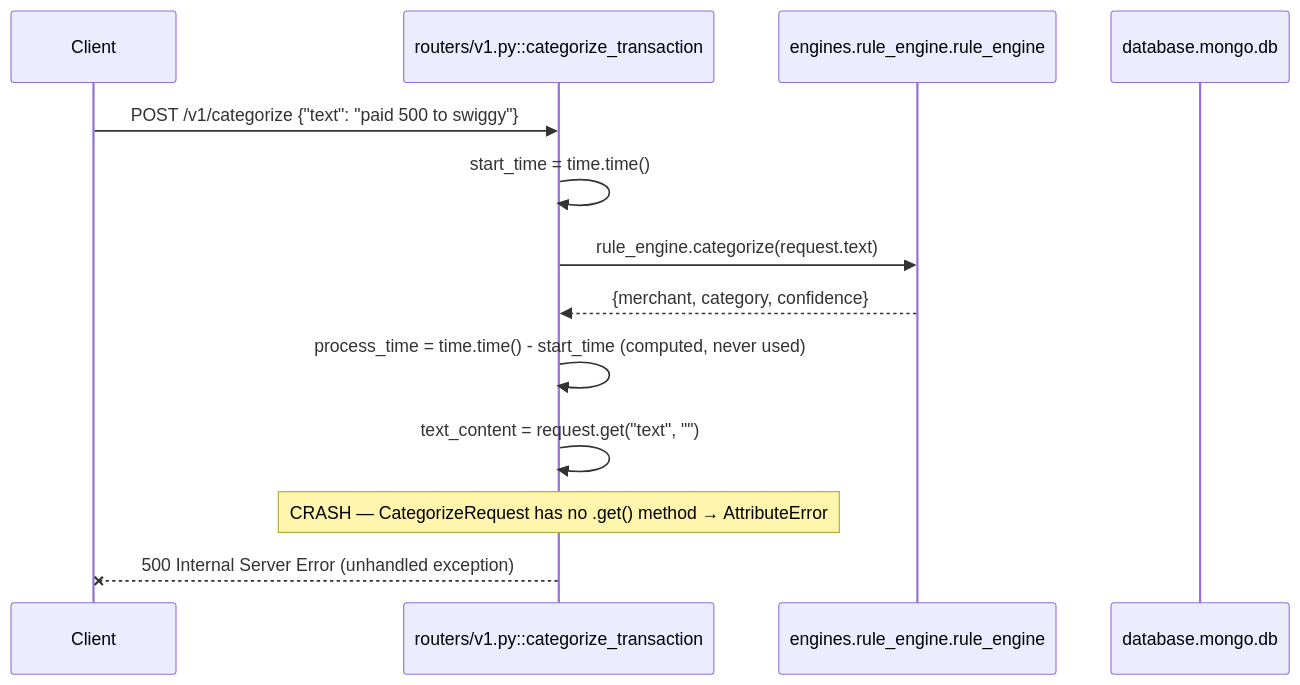
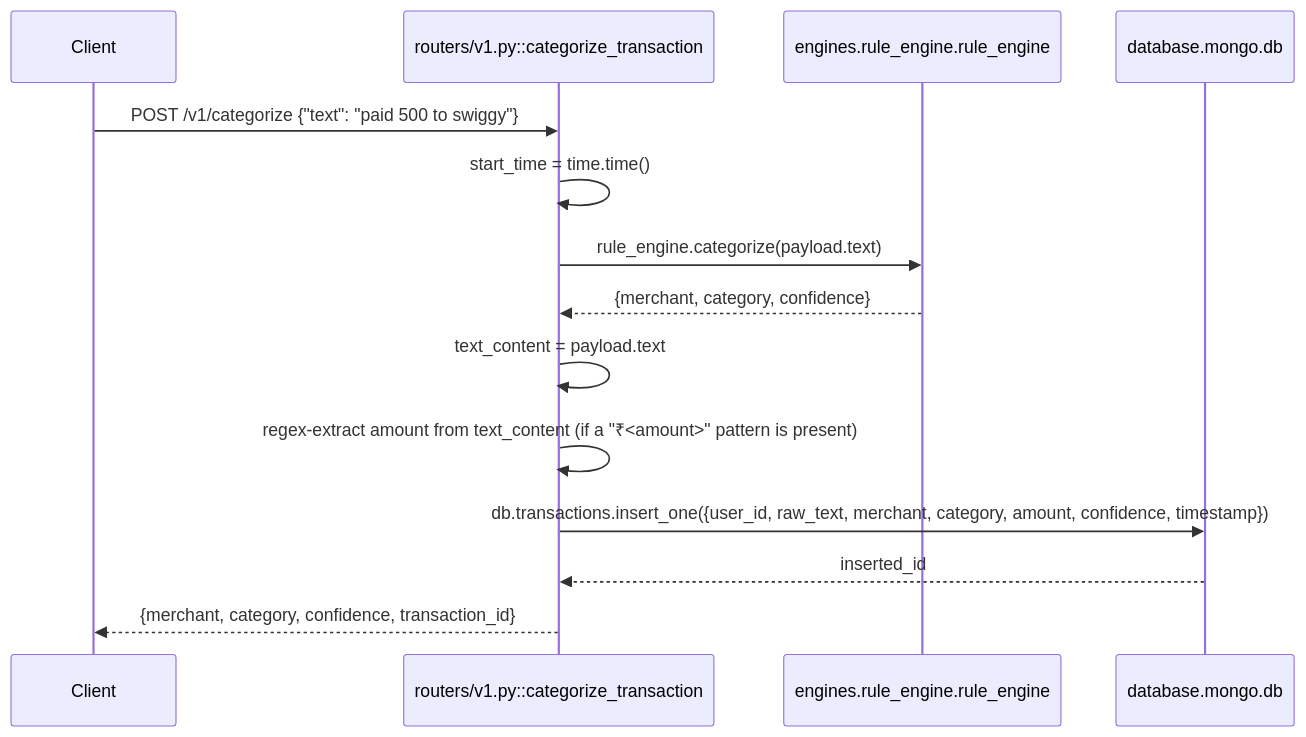
The diagram in docs/api/post-v1-categorize.md (lokeshramchand-ctrl/velar-backend), drawn with Mermaid before and after one commit. The commit also changed other lines of this file and 34 other files, not shown here.

````diff
--- a/docs/api/post-v1-categorize.md
+++ b/docs/api/post-v1-categorize.md
@@ -46,16 +52,17 @@
 ```mermaid
 sequenceDiagram
     participant C as Client
     participant Ctl as routers/v1.py::categorize_transaction
     participant RE as engines.rule_engine.rule_engine
     participant Mongo as database.mongo.db
 
     C->>Ctl: POST /v1/categorize {"text": "paid 500 to swiggy"}
     Ctl->>Ctl: start_time = time.time()
-    Ctl->>RE: rule_engine.categorize(request.text)
+    Ctl->>RE: rule_engine.categorize(payload.text)
     RE-->>Ctl: {merchant, category, confidence}
-    Ctl->>Ctl: process_time = time.time() - start_time  (computed, never used)
-    Ctl->>Ctl: text_content = request.get("text", "")
-    Note over Ctl: CRASH — CategorizeRequest has no .get() method → AttributeError
-    Ctl--xC: 500 Internal Server Error (unhandled exception)
+    Ctl->>Ctl: text_content = payload.text
+    Ctl->>Ctl: regex-extract amount from text_content (if a "₹<amount>" pattern is present)
+    Ctl->>Mongo: db.transactions.insert_one({user_id, raw_text, merchant, category, amount, confidence, timestamp})
+    Mongo-->>Ctl: inserted_id
+    Ctl-->>C: {merchant, category, confidence, transaction_id}
 ```
````
